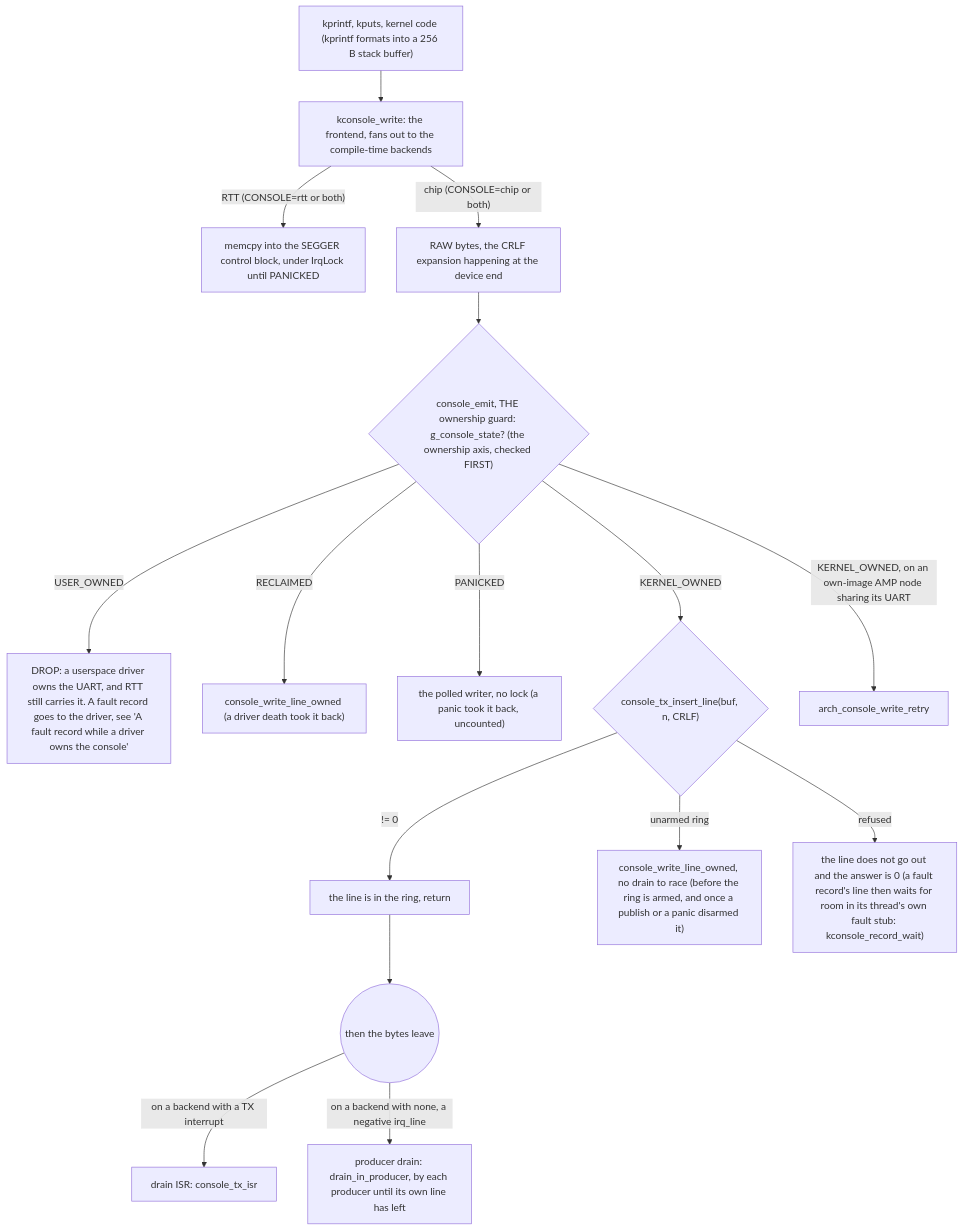
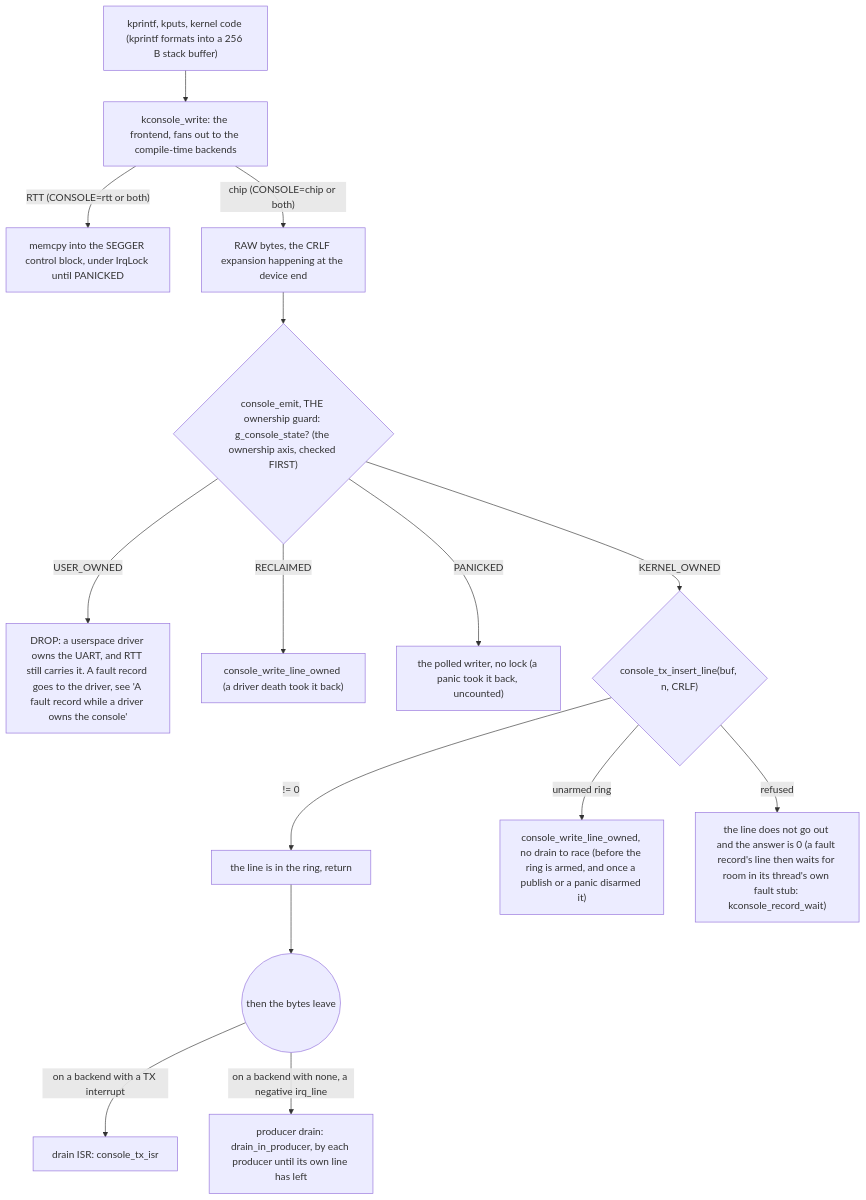
The diagram in docs/reference/console.md (leducp/KickOS), drawn with Mermaid before and after one commit. The commit also changed other lines of this file and 128 other files, not shown here.

First line of the commit message:
Isolate AMP kernel consoles and relay task output between nodes

````diff
--- a/docs/reference/console.md
+++ b/docs/reference/console.md
@@ -25,19 +42,18 @@
 ```mermaid
 flowchart TD
     src["kprintf, kputs, kernel code (kprintf formats into a 256 B stack buffer)"]
     src --> kw["kconsole_write: the frontend, fans out to the compile-time backends"]
     kw -->|"RTT (CONSOLE=rtt or both)"| rtt["memcpy into the SEGGER control block, under IrqLock until PANICKED"]
     kw -->|"chip (CONSOLE=chip or both)"| chip["RAW bytes, the CRLF expansion happening at the device end"]
     chip --> emit{"console_emit, THE ownership guard: g_console_state? (the ownership axis, checked FIRST)"}
     emit -->|USER_OWNED| drop["DROP: a userspace driver owns the UART, and RTT still carries it. A fault record goes to the driver, see 'A fault record while a driver owns the console'"]
     emit -->|RECLAIMED| sync["console_write_line_owned (a driver death took it back)"]
     emit -->|PANICKED| polled["the polled writer, no lock (a panic took it back, uncounted)"]
     emit -->|KERNEL_OWNED| ins{"console_tx_insert_line(buf, n, CRLF)"}
-    emit -->|"KERNEL_OWNED, on an own-image AMP node sharing its UART"| retry["arch_console_write_retry"]
     ins -->|"!= 0"| ring["the line is in the ring, return"]
     ins -->|unarmed ring| unarmed["console_write_line_owned, no drain to race (before the ring is armed, and once a publish or a panic disarmed it)"]
     ins -->|refused| refused["the line does not go out and the answer is 0 (a fault record's line then waits for room in its thread's own fault stub: kconsole_record_wait)"]
     ring --> leave(("then the bytes leave"))
     leave -->|on a backend with a TX interrupt| isr["drain ISR: console_tx_isr"]
     leave -->|on a backend with none, a negative irq_line| prod["producer drain: drain_in_producer, by each producer until its own line has left"]
 ```
````
